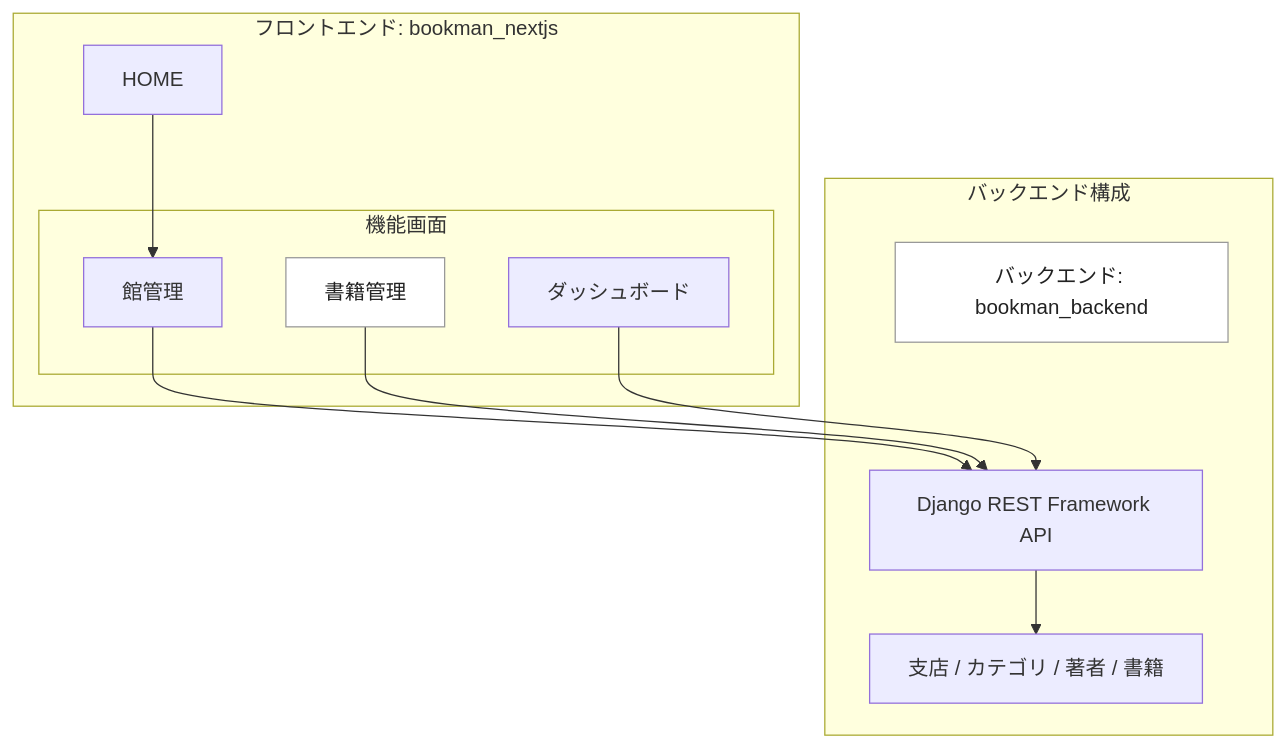
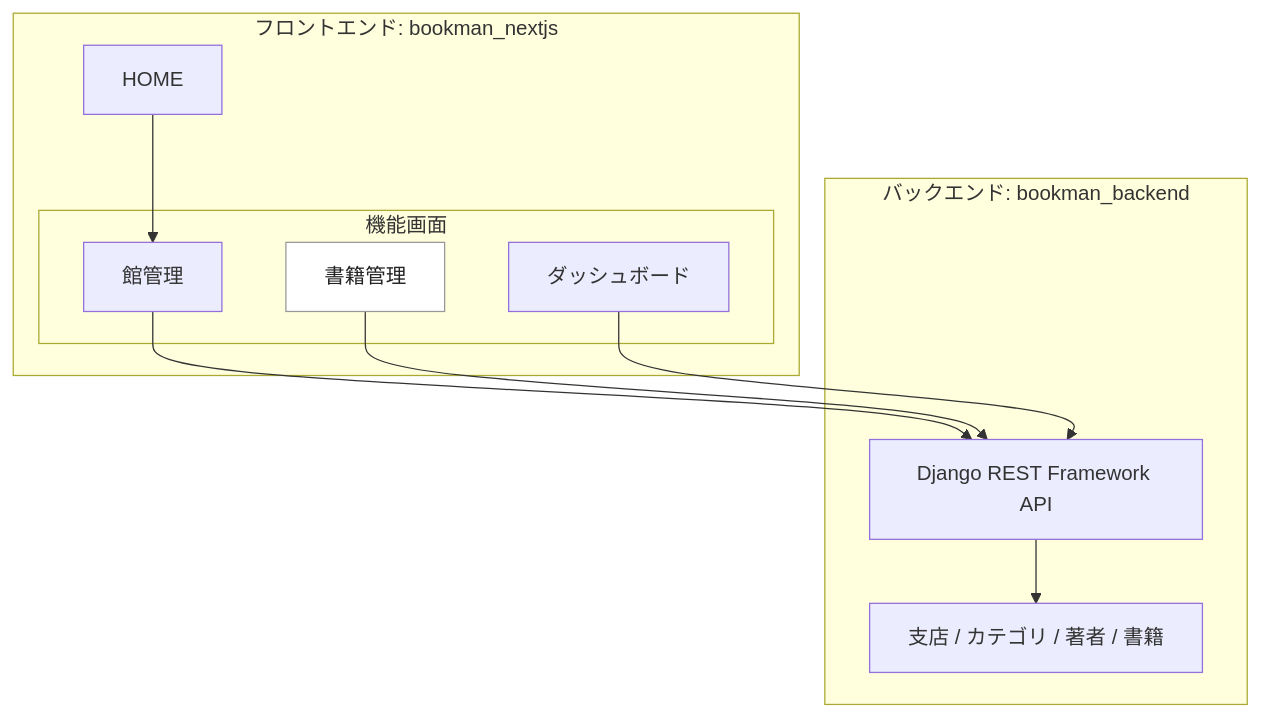
One commit to duri0214/portfolio changed the first of 2 diagrams in docs/qiita/bookman_drf_nextjs.md. Above: the diagram before and after it, drawn with Mermaid.

Commit message:
docs: restore backend diagram caption

````diff
--- a/docs/qiita/bookman_drf_nextjs.md
+++ b/docs/qiita/bookman_drf_nextjs.md
@@ -36,27 +36,27 @@
 ```mermaid
 graph TB
   subgraph frontend[フロントエンド: bookman_nextjs]
     home[HOME]
     subgraph screens[機能画面]
       branch[館管理]
       bookScreen[書籍管理]
       dashboard[ダッシュボード]
     end
   end
 
-  subgraph backend[バックエンド構成]
-    backendLabel[バックエンド: bookman_backend]
+  subgraph backend[バックエンド: bookman_backend]
+    backendSpacer[" "]
     drf[Django REST Framework API]
     models[支店 / カテゴリ / 著者 / 書籍]
   end
 
   home --> branch
   branch --> drf
   bookScreen --> drf
   dashboard --> drf
-  backendLabel ~~~ drf
+  backendSpacer ~~~ drf
   drf --> models
 
-  style backendLabel fill:#ffffff,stroke:#999999,stroke-width:1px,color:#222222
+  style backendSpacer fill:transparent,stroke:transparent,color:transparent
   style bookScreen fill:#ffffff,stroke:#999999,stroke-width:1px,color:#222222
 ```
````
